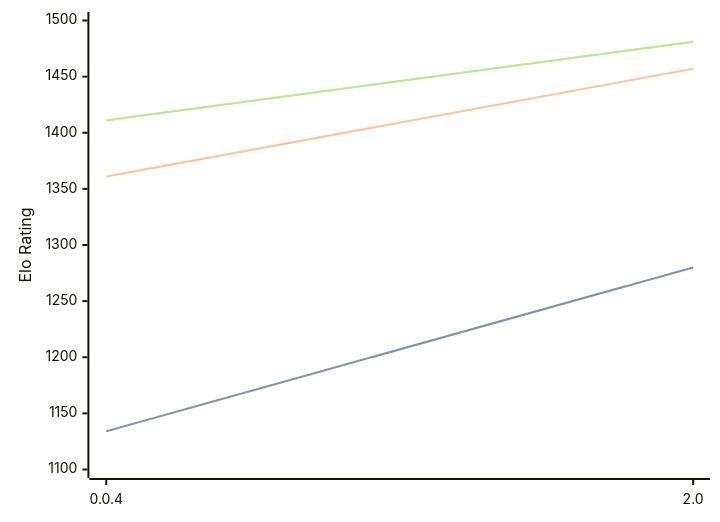
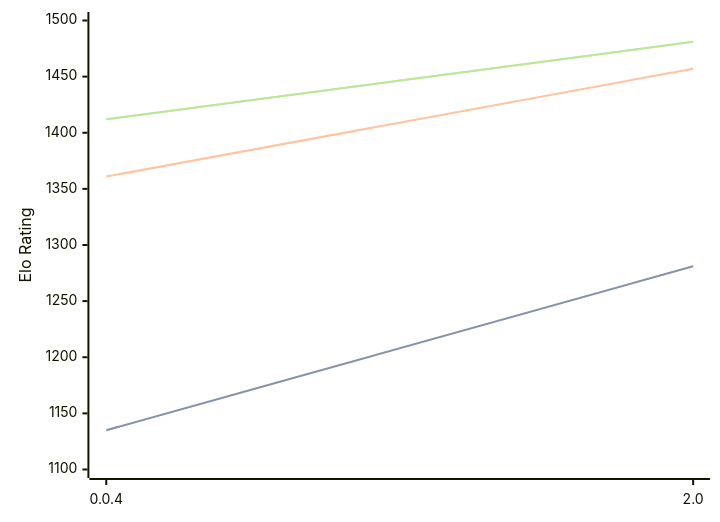
One commit to computer-chess-index/cci changed the diagram in engines/Oops!Mate.md. Above: the diagram before and after it, drawn with Mermaid. The commit also changed other lines of this file, not shown here.

Commit message:
Update CCI Ratings (ELO VLTC) - 2026-08-23

````diff
--- a/engines/Oops!Mate.md
+++ b/engines/Oops!Mate.md
@@ -33,11 +33,11 @@
 ```mermaid
 %%{init: {"theme":"base","themeVariables":{"seriesColors:['#a3a3a3','#222221','#faa371']}}}%%
 xychart-beta
   x-axis ["0.0.4", "2.0"]
   y-axis "Elo Rating" 1100 --> 1500
-  line "STC (8.0+0.08s)" [1134, 1280]
-  line "STC (8.0+0.08s)" [1134, 1280]
+  line "STC (8.0+0.08s)" [1135, 1281]
+  line "STC (8.0+0.08s)" [1135, 1281]
   line "LTC (60.0+0.60s)" [1361, 1457]
-  line "VLTC (2m24s+1.12s)" [1411, 1481]
-  line "VLTC (2m24s+1.12s)" [1411, 1481]
+  line "VLTC (2m24s+1.12s)" [1412, 1481]
+  line "VLTC (2m24s+1.12s)" [1412, 1481]
 ```
````
